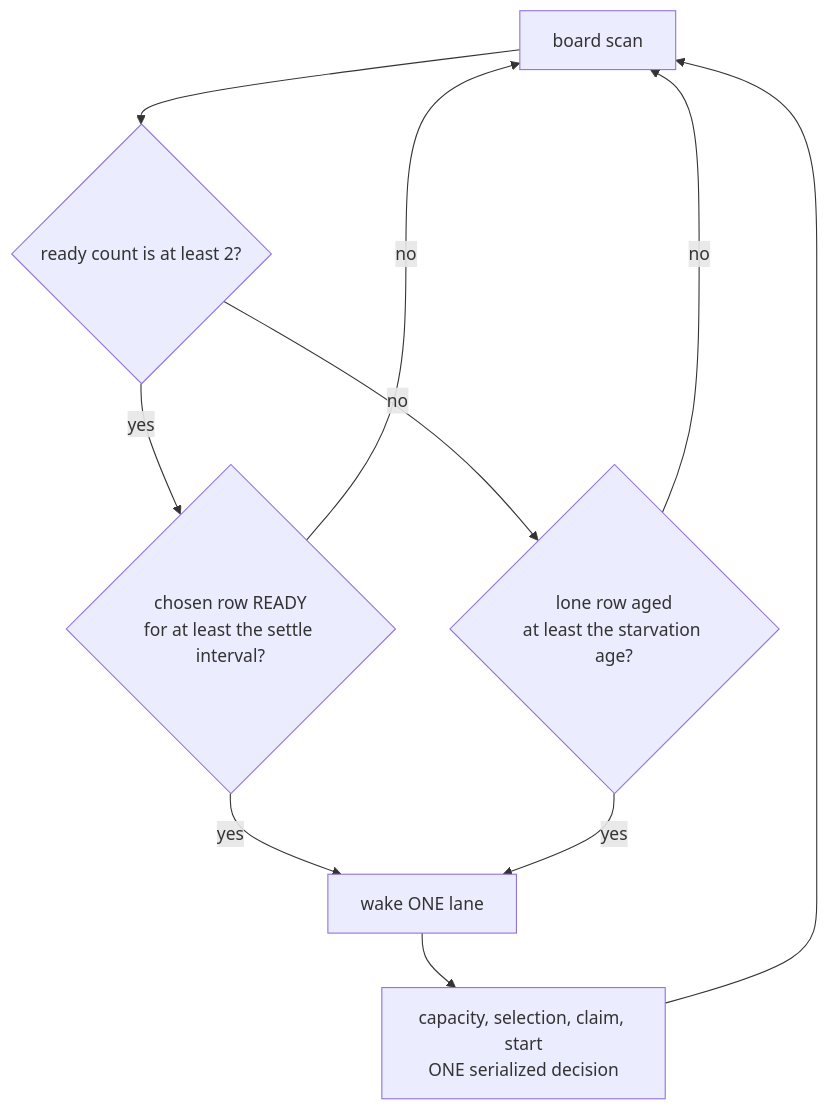
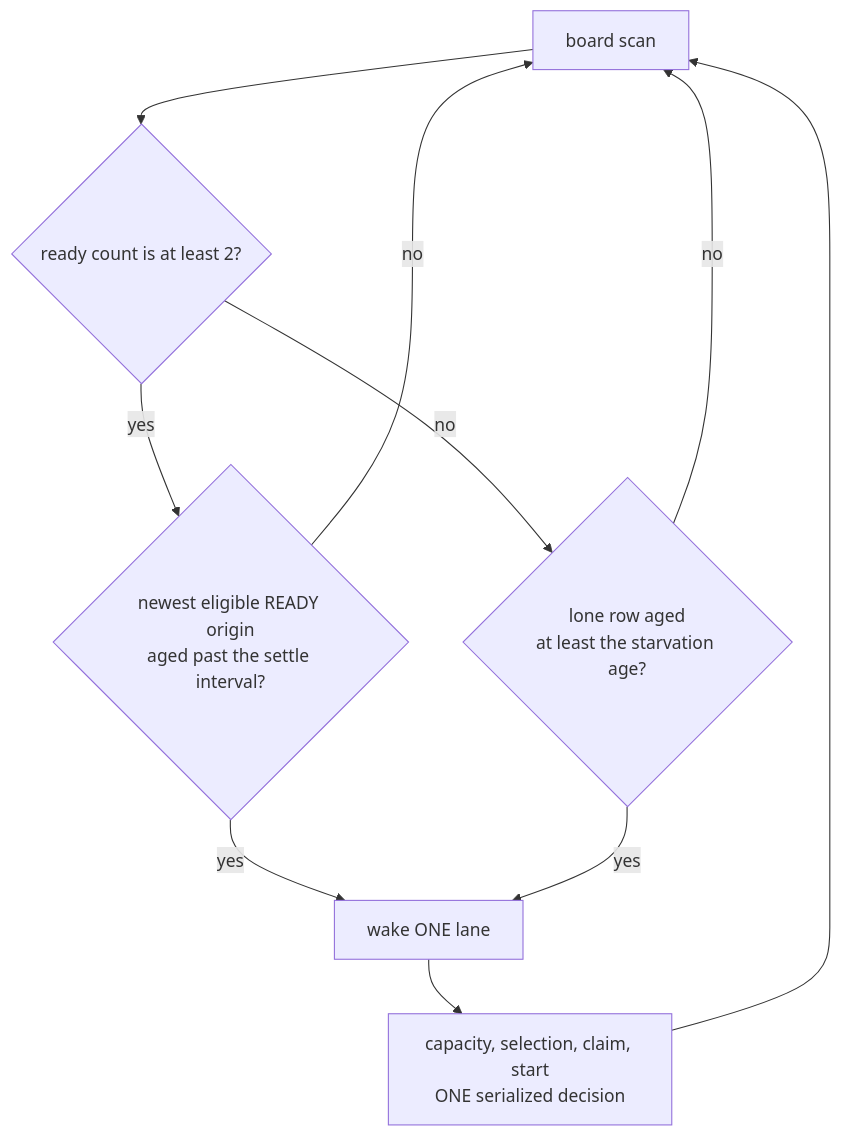
One commit to infimalabs/spice-rust changed the third of 10 diagrams in docs/product/model/decisions.md. Above: the diagram before and after it, drawn with Mermaid. The commit also changed other lines of this file and 71 other files, not shown here.

````diff
--- a/docs/product/model/decisions.md
+++ b/docs/product/model/decisions.md
@@ -98,12 +98,12 @@
 ```mermaid
 flowchart TD
   S["board scan"] --> N{"ready count is at least 2?"}
-  N -- yes --> ST{"chosen row READY<br/>for at least the settle interval?"}
+  N -- yes --> ST{"newest eligible READY origin<br/>aged past the settle interval?"}
   N -- no --> LO{"lone row aged<br/>at least the starvation age?"}
   ST -- yes --> W["wake ONE lane"]
   ST -- no --> S
   LO -- yes --> W
   LO -- no --> S
   W --> SER["capacity, selection, claim, start<br/>ONE serialized decision"]
   SER --> S
 ```
````
